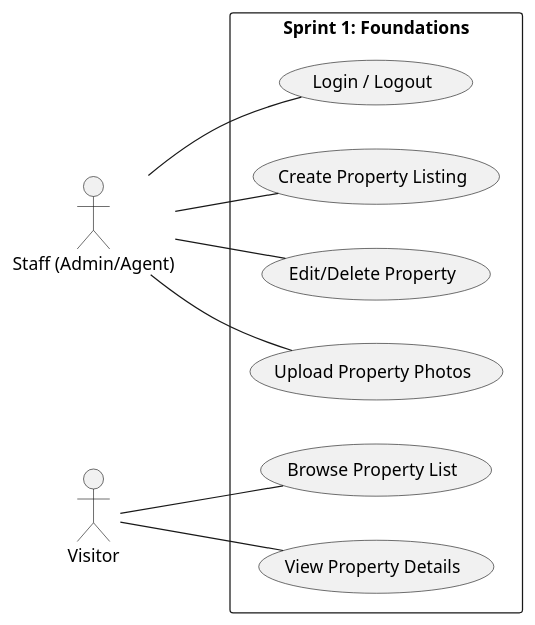
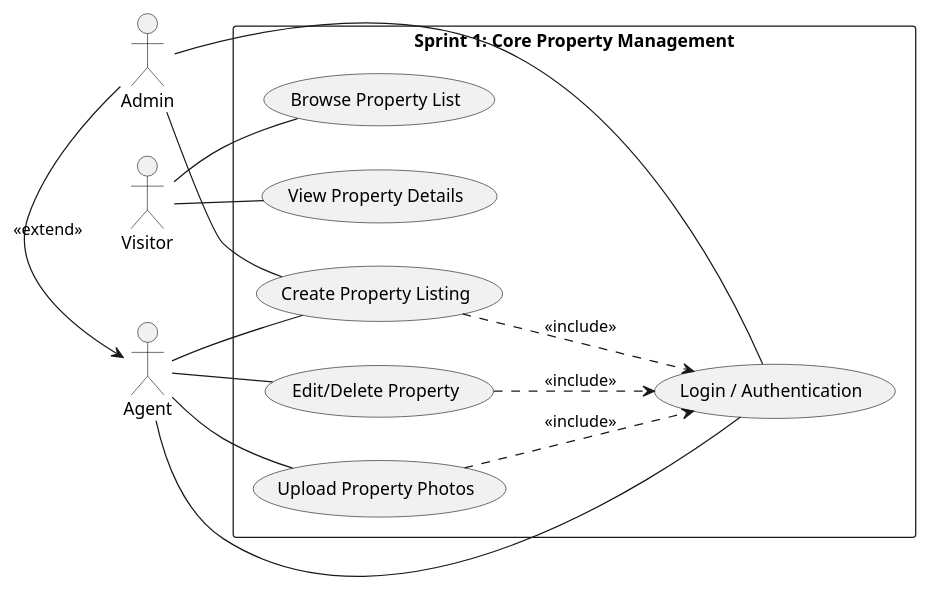
One commit to AZIZ-Soufiane/PropertyHub-PFE changed the diagram in UseCase/Sprint1_UseCase.puml. Above: the diagram before and after it, drawn with PlantUML. The commit also changed 3 other files, not shown here.

```diff
--- a/UseCase/Sprint1_UseCase.puml
+++ b/UseCase/Sprint1_UseCase.puml
@@ -1,24 +1,38 @@
 @startuml
 left to right direction
 skinparam shadowing false
 
-actor "Staff (Admin/Agent)" as Staff
+actor "Admin" as Admin
+actor "Agent" as Agent
 actor "Visitor" as Vis
 
-rectangle "Sprint 1: Foundations" {
-    (Login / Logout) as UC_Auth
+rectangle "Sprint 1: Core Property Management" {
+    (Login / Authentication) as UC_Auth
     (Create Property Listing) as UC_Create
     (Edit/Delete Property) as UC_Edit
     (Upload Property Photos) as UC_Photos
     (Browse Property List) as UC_Browse
     (View Property Details) as UC_Details
 }
 
-Staff -- UC_Auth
-Staff -- UC_Create
-Staff -- UC_Edit
-Staff -- UC_Photos
-
+' Visitor Actions
 Vis -- UC_Browse
 Vis -- UC_Details
+
+' Staff Actions (Agent & Admin)
+Agent -- UC_Auth
+Agent -- UC_Create
+Agent -- UC_Edit
+Agent -- UC_Photos
+
+Admin -- UC_Auth
+Admin -- UC_Create
+
+' Security Requirements
+UC_Create ..> UC_Auth : <<include>>
+UC_Edit   ..> UC_Auth : <<include>>
+UC_Photos ..> UC_Auth : <<include>>
+
+Admin -right-> Agent : <<extend>>
+
 @enduml
```
